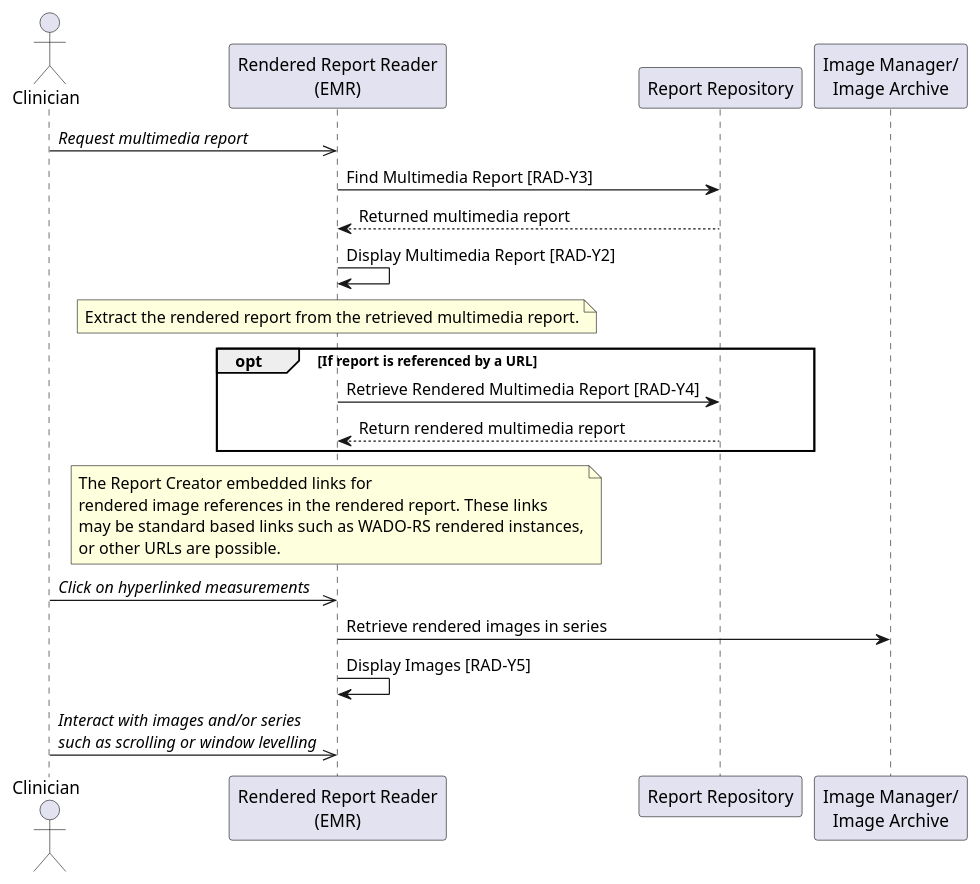
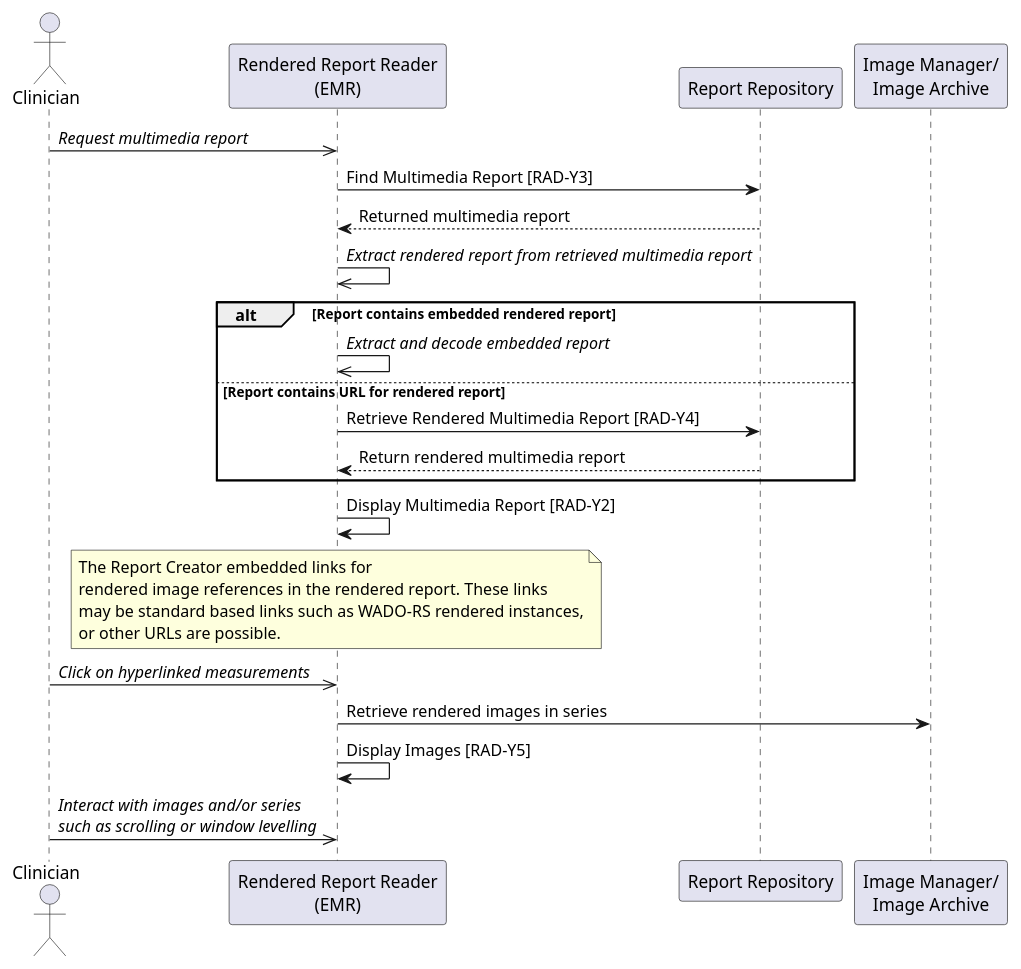
One commit to IHE/RAD.IMR changed the diagram in input/images-source/uc3-presenting-interactive-report-presentedform.plantuml. Above: the diagram before and after it, drawn with PlantUML.

Commit message:
Corrected retrieve report sequence.

```diff
--- a/input/images-source/uc3-presenting-interactive-report-presentedform.plantuml
+++ b/input/images-source/uc3-presenting-interactive-report-presentedform.plantuml
@@ -1,37 +1,38 @@
 @startuml
 
 actor Clinician as Clinician
 
 participant "Rendered Report Reader\n(EMR)" as EMR
 participant "Report Repository" as Repo
 
 participant "Image Manager/\nImage Archive" as Archive
 
 Clinician->>EMR: //Request multimedia report//
 
 EMR->Repo: Find Multimedia Report [RAD-Y3]
 Repo-->EMR: Returned multimedia report
-EMR->EMR: Display Multimedia Report [RAD-Y2]
-note over EMR
-Extract the rendered report from the retrieved multimedia report.
-end note
 
-opt If report is referenced by a URL
+EMR->>EMR: //Extract rendered report from retrieved multimedia report//
+
+alt Report contains embedded rendered report
+EMR->>EMR: //Extract and decode embedded report//
+else Report contains URL for rendered report
 EMR->Repo: Retrieve Rendered Multimedia Report [RAD-Y4]
 Repo-->EMR: Return rendered multimedia report
 end
 
+EMR->EMR: Display Multimedia Report [RAD-Y2]
 note over EMR
 The Report Creator embedded links for
 rendered image references in the rendered report. These links
 may be standard based links such as WADO-RS rendered instances,
 or other URLs are possible.
 end note
 Clinician->>EMR: //Click on hyperlinked measurements//
 
 EMR->Archive: Retrieve rendered images in series
 EMR->EMR: Display Images [RAD-Y5]
 
 Clinician->>EMR: //Interact with images and/or series//\n//such as scrolling or window levelling//
 
 @enduml
```
